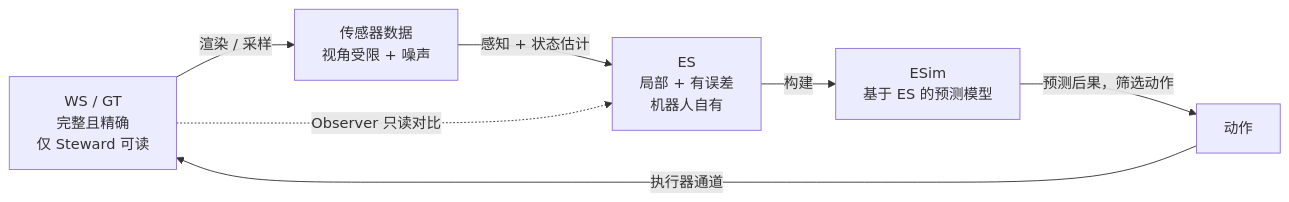
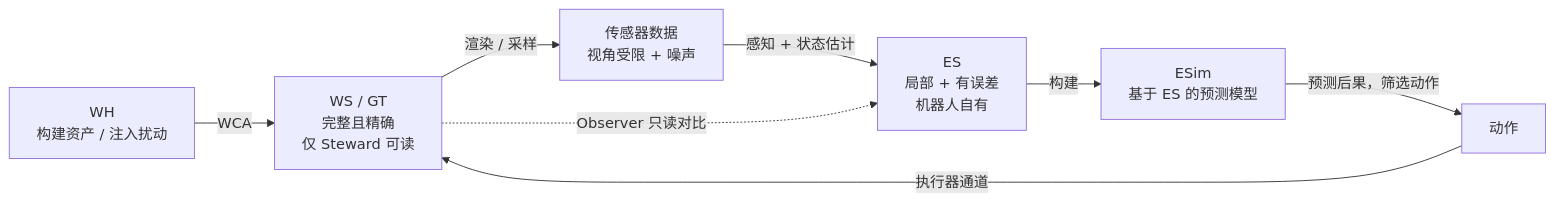
Before and after one commit to Siliconagent218/steward: the first of 10 diagrams in steward.md, drawn with Mermaid. The commit also changed other lines of this file, not shown here.

````diff
--- a/steward.md
+++ b/steward.md
@@ -110,15 +125,17 @@
 ```mermaid
 flowchart LR
+  WH["WH<br/>构建资产 / 注入扰动"]
   GT["WS / GT<br/>完整且精确<br/>仅 Steward 可读"]
   S["传感器数据<br/>视角受限 + 噪声"]
   ES["ES<br/>局部 + 有误差<br/>机器人自有"]
   ESim["ESim<br/>基于 ES 的预测模型"]
   ACT["动作"]
 
+  WH -- "WCA" --> GT
   GT -- "渲染 / 采样" --> S
   S -- "感知 + 状态估计" --> ES
   ES -- "构建" --> ESim
   ESim -- "预测后果，筛选动作" --> ACT
   ACT -- "执行器通道" --> GT
   GT -. "Observer 只读对比" .-> ES
 ```
````
